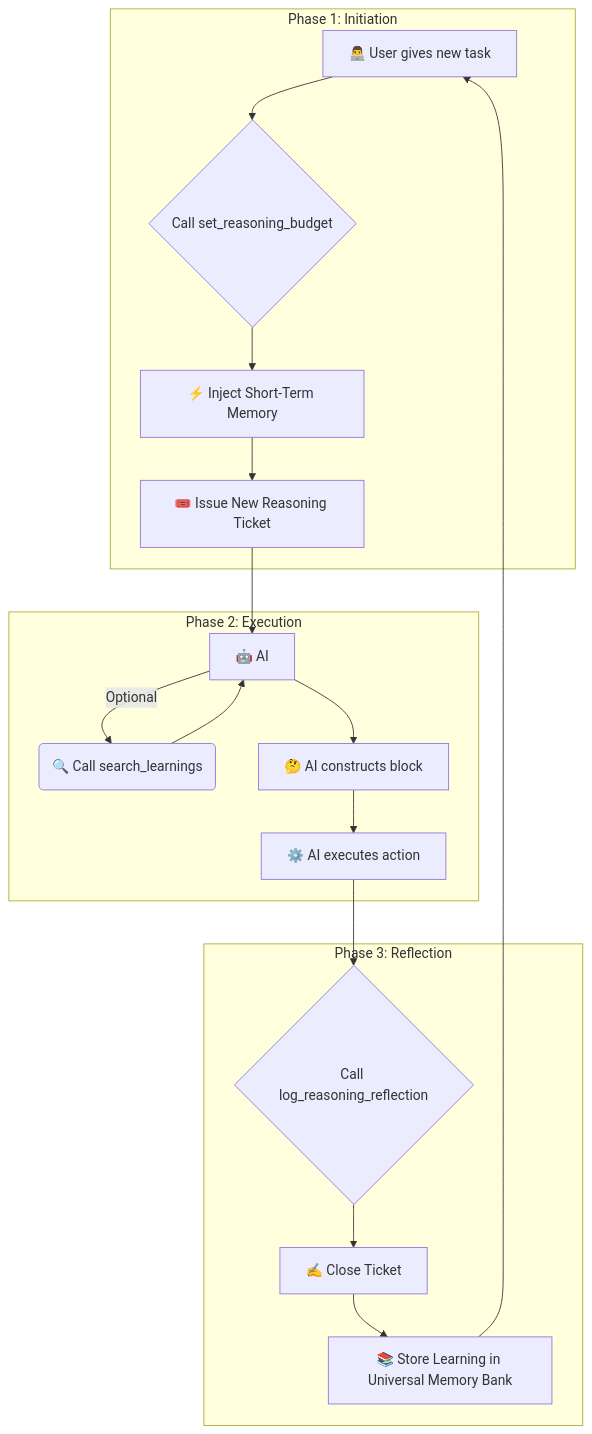
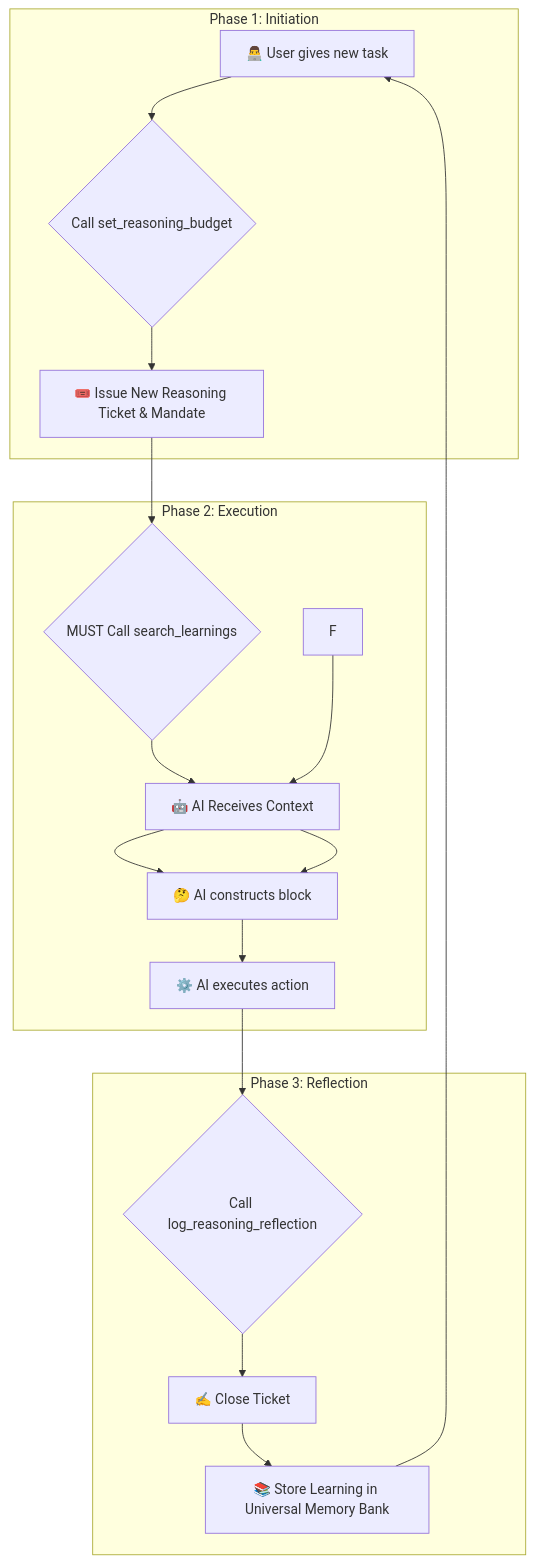
The diagram in README.md (rayss868/SRAI), drawn with Mermaid before and after one commit. The commit also changed other lines of this file and 3 other files, not shown here.

````diff
--- a/README.md
+++ b/README.md
@@ -69,24 +69,24 @@
 ```mermaid
 graph TD
     subgraph "Phase 1: Initiation"
         A[👨‍💻 User gives new task] --> B{Call set_reasoning_budget};
-        B --> C[⚡ Inject Short-Term Memory];
-        C --> D[🎟️ Issue New Reasoning Ticket];
+        B --> C[🎟️ Issue New Reasoning Ticket & Mandate];
     end
 
     subgraph "Phase 2: Execution"
-        D --> E[🤖 AI];
-        E -- "Optional" --> F(🔍 Call search_learnings);
+        C --> D{MUST Call search_learnings};
+        D --> E[🤖 AI Receives Context];
+        E --> G[🤔 AI constructs <think> block];
         F --> E;
         E --> G[🤔 AI constructs <think> block];
         G --> H[⚙️ AI executes action];
     end
 
     subgraph "Phase 3: Reflection"
         H --> I{Call log_reasoning_reflection};
         I --> J[✍️ Close Ticket];
         J --> K[📚 Store Learning in Universal Memory Bank];
     end
 
     K --> A;
 ```
````
